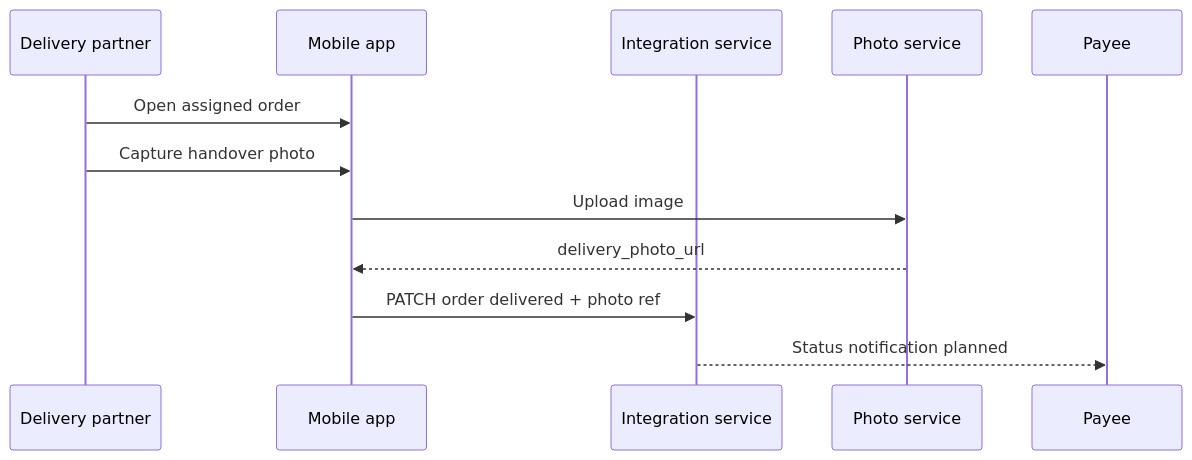
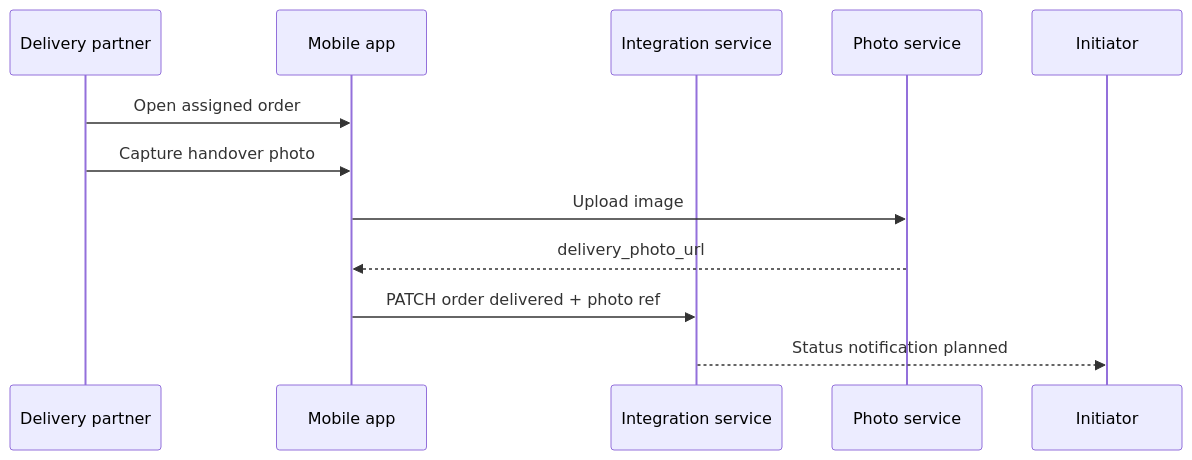
Before and after one commit to sharingbridge/sharingbridge: the diagram in design/Future_Extensions.md, drawn with Mermaid. The commit also changed other lines of this file and 21 other files, not shown here.

Commit message:
Lock vocabulary: initiator, payer, payee as payment recipient.

````diff
--- a/design/Future_Extensions.md
+++ b/design/Future_Extensions.md
@@ -127,15 +127,15 @@
 ```mermaid
 sequenceDiagram
   participant DP as Delivery partner
   participant M as Mobile app
   participant I as Integration service
   participant P as Photo service
-  participant D as Payee
+  participant D as Initiator
 
   DP->>M: Open assigned order
   DP->>M: Capture handover photo
   M->>P: Upload image
   P-->>M: delivery_photo_url
   M->>I: PATCH order delivered + photo ref
   I-->>D: Status notification planned
 ```
````
